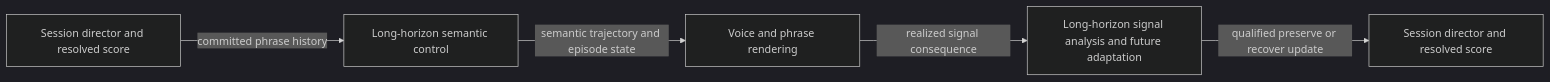
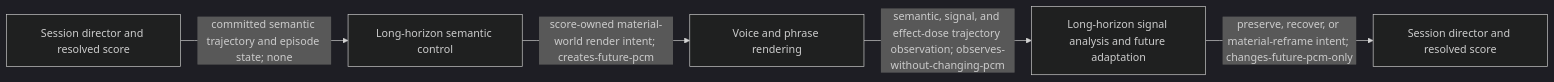
The seventh of 8 diagrams in docs/CODEBASE_MAP.md (randomactions/auto-techno), drawn with Mermaid (dark theme) before and after one commit. The commit also changed other lines of this file and 156 other files, not shown here.

````diff
--- a/docs/CODEBASE_MAP.md
+++ b/docs/CODEBASE_MAP.md
@@ -135,12 +181,12 @@
 ```mermaid
 flowchart LR
   n_long_horizon_semantic_and_signal_adaptation0["Session director and resolved score"]
   n_long_horizon_semantic_and_signal_adaptation1["Long-horizon semantic control"]
   n_long_horizon_semantic_and_signal_adaptation2["Voice and phrase rendering"]
   n_long_horizon_semantic_and_signal_adaptation3["Long-horizon signal analysis and future adaptation"]
   n_long_horizon_semantic_and_signal_adaptation4["Session director and resolved score"]
-  n_long_horizon_semantic_and_signal_adaptation0 -- "committed phrase history" --> n_long_horizon_semantic_and_signal_adaptation1
-  n_long_horizon_semantic_and_signal_adaptation1 -- "semantic trajectory and episode state" --> n_long_horizon_semantic_and_signal_adaptation2
-  n_long_horizon_semantic_and_signal_adaptation2 -- "realized signal consequence" --> n_long_horizon_semantic_and_signal_adaptation3
-  n_long_horizon_semantic_and_signal_adaptation3 -- "qualified preserve or recover update" --> n_long_horizon_semantic_and_signal_adaptation4
+  n_long_horizon_semantic_and_signal_adaptation0 -- "committed semantic trajectory and episode state; none" --> n_long_horizon_semantic_and_signal_adaptation1
+  n_long_horizon_semantic_and_signal_adaptation1 -- "score-owned material-world render intent; creates-future-pcm" --> n_long_horizon_semantic_and_signal_adaptation2
+  n_long_horizon_semantic_and_signal_adaptation2 -- "semantic, signal, and effect-dose trajectory observation; observes-without-changing-pcm" --> n_long_horizon_semantic_and_signal_adaptation3
+  n_long_horizon_semantic_and_signal_adaptation3 -- "preserve, recover, or material-reframe intent; changes-future-pcm-only" --> n_long_horizon_semantic_and_signal_adaptation4
 ```
````
